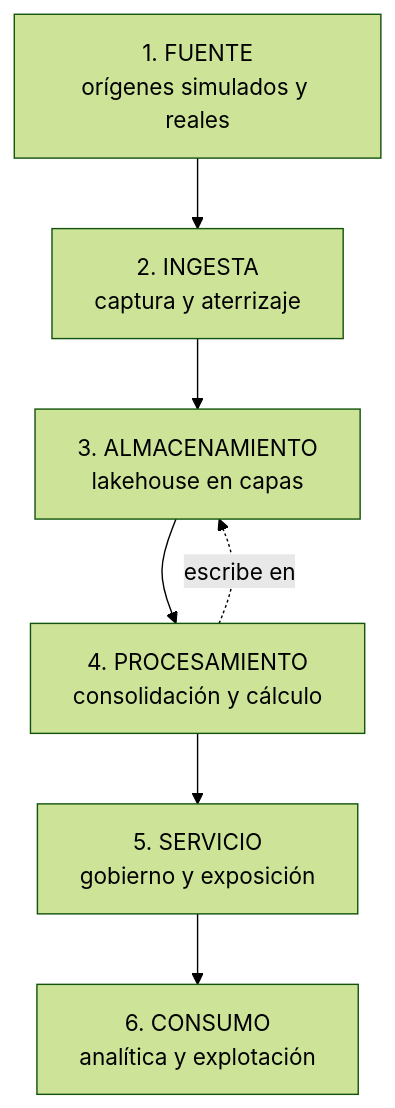
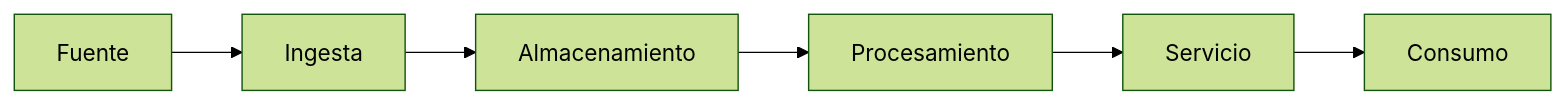
One commit to brrsanchezfi/TFM_nticmaster changed the diagram in README.md. Above: the diagram before and after it, drawn with Mermaid (forest theme). The commit also changed other lines of this file and 24 other files, not shown here.

````diff
--- a/README.md
+++ b/README.md
@@ -30,12 +27,5 @@
 ```mermaid
-flowchart TD
-    F[1. FUENTE<br/>orígenes simulados y reales]
-    I[2. INGESTA<br/>captura y aterrizaje]
-    A[3. ALMACENAMIENTO<br/>lakehouse en capas]
-    P[4. PROCESAMIENTO<br/>consolidación y cálculo]
-    S[5. SERVICIO<br/>gobierno y exposición]
-    C[6. CONSUMO<br/>analítica y explotación]
-
-    F --> I --> A --> P --> S --> C
-    P -.escribe en.-> A
+flowchart LR
+    F[Fuente] --> I[Ingesta] --> A[Almacenamiento]
+    A --> P[Procesamiento] --> S[Servicio] --> C[Consumo]
 ```
````
